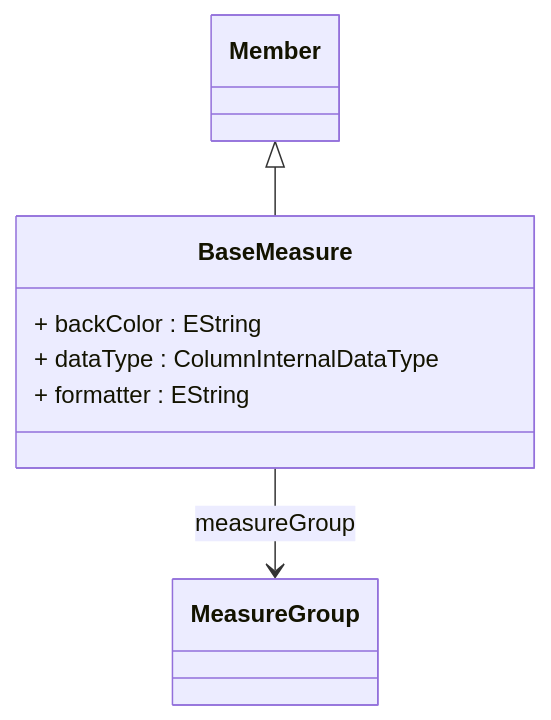
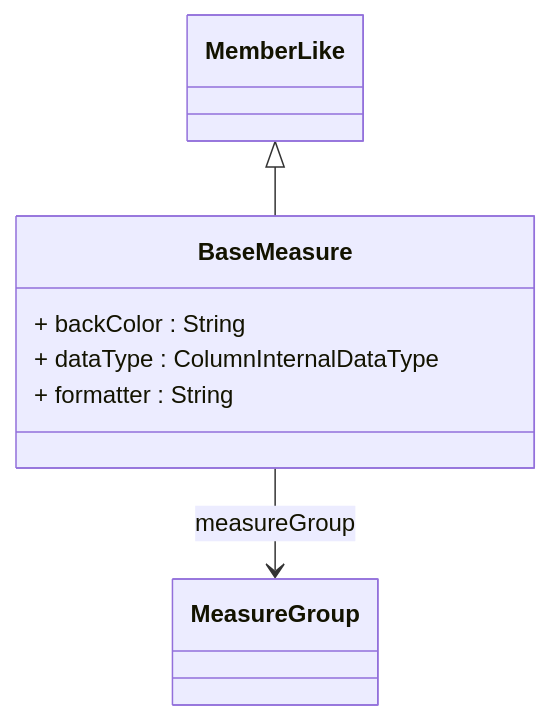
One commit to eclipse-daanse/eclipse-daanse.github.io changed the diagram in docs/cubeserver/model/class-BaseMeasure.md. Above: the diagram before and after it, drawn with Mermaid. The commit also changed other lines of this file and 138 other files, not shown here.

````diff
--- a/docs/cubeserver/model/class-BaseMeasure.md
+++ b/docs/cubeserver/model/class-BaseMeasure.md
@@ -97,12 +100,12 @@
 ```mermaid
 classDiagram
   class BaseMeasure {
-    + backColor : EString
+    + backColor : String
     + dataType : ColumnInternalDataType
-    + formatter : EString
+    + formatter : String
   }
 
-  Member <|-- BaseMeasure
+  MemberLike <|-- BaseMeasure
   BaseMeasure --> MeasureGroup : measureGroup
 
 ```
````
